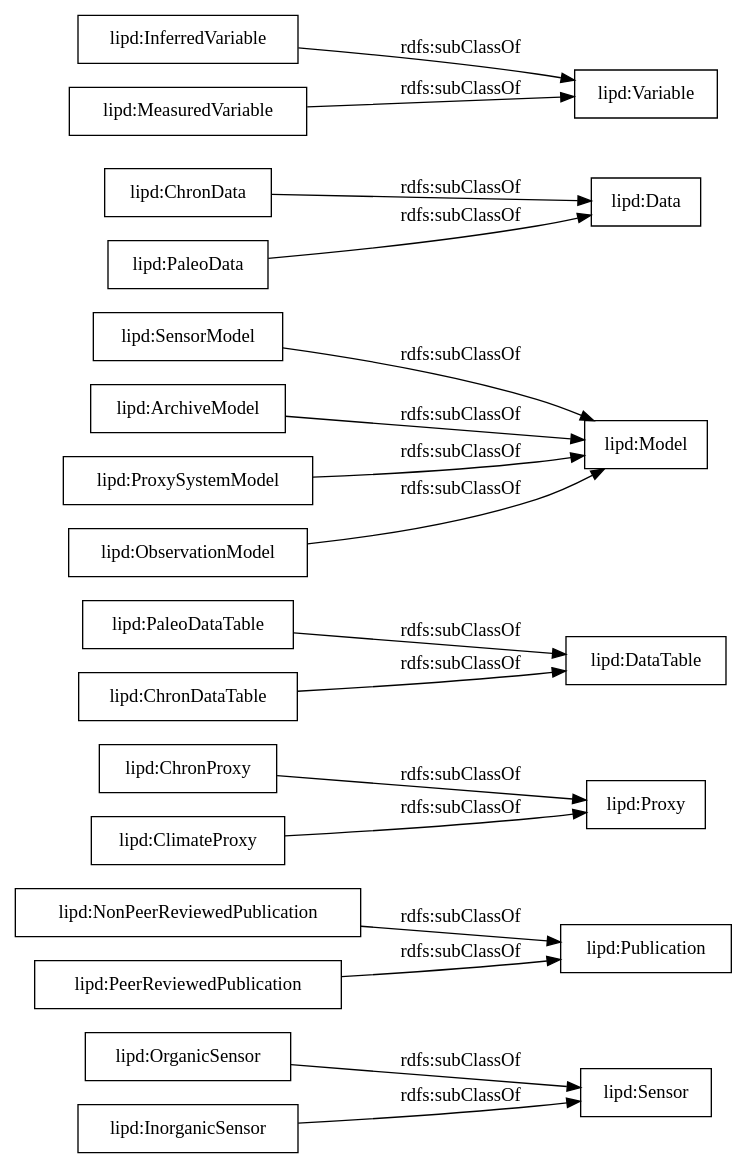
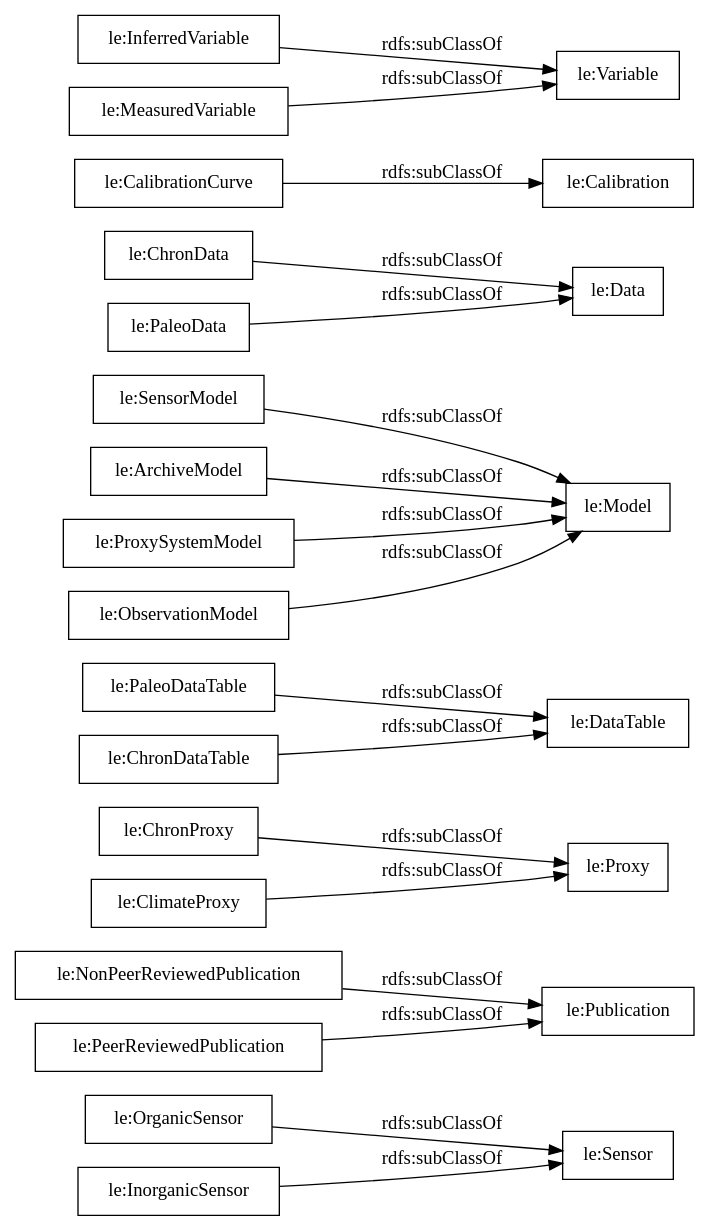
The diagram in OnToology/ontology.owl/diagrams/ar2dtool-taxonomy/ontology.owl.png.dot (dgarijo/Ontology), drawn with Graphviz before and after one commit. The commit also changed 25 other files, not shown here.

```diff
--- a/OnToology/ontology.owl/diagrams/ar2dtool-taxonomy/ontology.owl.png.dot
+++ b/OnToology/ontology.owl/diagrams/ar2dtool-taxonomy/ontology.owl.png.dot
@@ -1,22 +1,23 @@
 digraph ar2dtool_diagram { 
 rankdir=LR;
 size="1000"
-node [shape = rectangle, color="black"]; "lipd:Sensor" "lipd:Publication" "lipd:ChronProxy" "lipd:DataTable" "lipd:Model" "lipd:Data" "lipd:PaleoDataTable" "lipd:OrganicSensor" "lipd:SensorModel" "lipd:InferredVariable" "lipd:ChronData" "lipd:NonPeerReviewedPublication" "lipd:ArchiveModel" "lipd:MeasuredVariable" "lipd:Proxy" "lipd:ClimateProxy" "lipd:ProxySystemModel" "lipd:ObservationModel" "lipd:InorganicSensor" "lipd:ChronDataTable" "lipd:PaleoData" "lipd:Variable" "lipd:PeerReviewedPublication" ; /*classes style*/
-	"lipd:PeerReviewedPublication" -> "lipd:Publication" [ label = "rdfs:subClassOf" ];
-	"lipd:MeasuredVariable" -> "lipd:Variable" [ label = "rdfs:subClassOf" ];
-	"lipd:ClimateProxy" -> "lipd:Proxy" [ label = "rdfs:subClassOf" ];
-	"lipd:InferredVariable" -> "lipd:Variable" [ label = "rdfs:subClassOf" ];
-	"lipd:PaleoData" -> "lipd:Data" [ label = "rdfs:subClassOf" ];
-	"lipd:ArchiveModel" -> "lipd:Model" [ label = "rdfs:subClassOf" ];
-	"lipd:SensorModel" -> "lipd:Model" [ label = "rdfs:subClassOf" ];
-	"lipd:ChronProxy" -> "lipd:Proxy" [ label = "rdfs:subClassOf" ];
-	"lipd:ChronDataTable" -> "lipd:DataTable" [ label = "rdfs:subClassOf" ];
-	"lipd:PaleoDataTable" -> "lipd:DataTable" [ label = "rdfs:subClassOf" ];
-	"lipd:InorganicSensor" -> "lipd:Sensor" [ label = "rdfs:subClassOf" ];
-	"lipd:NonPeerReviewedPublication" -> "lipd:Publication" [ label = "rdfs:subClassOf" ];
-	"lipd:ProxySystemModel" -> "lipd:Model" [ label = "rdfs:subClassOf" ];
-	"lipd:ObservationModel" -> "lipd:Model" [ label = "rdfs:subClassOf" ];
-	"lipd:OrganicSensor" -> "lipd:Sensor" [ label = "rdfs:subClassOf" ];
-	"lipd:ChronData" -> "lipd:Data" [ label = "rdfs:subClassOf" ];
+node [shape = rectangle, color="black"]; "le:Sensor" "le:Publication" "le:ChronProxy" "le:DataTable" "le:Model" "le:Data" "le:PaleoDataTable" "le:OrganicSensor" "le:SensorModel" "le:CalibrationCurve" "le:Calibration" "le:InferredVariable" "le:ChronData" "le:NonPeerReviewedPublication" "le:ArchiveModel" "le:MeasuredVariable" "le:Proxy" "le:ClimateProxy" "le:ProxySystemModel" "le:ObservationModel" "le:InorganicSensor" "le:ChronDataTable" "le:PaleoData" "le:Variable" "le:PeerReviewedPublication" ; /*classes style*/
+	"le:PeerReviewedPublication" -> "le:Publication" [ label = "rdfs:subClassOf" ];
+	"le:MeasuredVariable" -> "le:Variable" [ label = "rdfs:subClassOf" ];
+	"le:ClimateProxy" -> "le:Proxy" [ label = "rdfs:subClassOf" ];
+	"le:CalibrationCurve" -> "le:Calibration" [ label = "rdfs:subClassOf" ];
+	"le:InferredVariable" -> "le:Variable" [ label = "rdfs:subClassOf" ];
+	"le:PaleoData" -> "le:Data" [ label = "rdfs:subClassOf" ];
+	"le:ArchiveModel" -> "le:Model" [ label = "rdfs:subClassOf" ];
+	"le:SensorModel" -> "le:Model" [ label = "rdfs:subClassOf" ];
+	"le:ChronProxy" -> "le:Proxy" [ label = "rdfs:subClassOf" ];
+	"le:ChronDataTable" -> "le:DataTable" [ label = "rdfs:subClassOf" ];
+	"le:PaleoDataTable" -> "le:DataTable" [ label = "rdfs:subClassOf" ];
+	"le:InorganicSensor" -> "le:Sensor" [ label = "rdfs:subClassOf" ];
+	"le:NonPeerReviewedPublication" -> "le:Publication" [ label = "rdfs:subClassOf" ];
+	"le:ProxySystemModel" -> "le:Model" [ label = "rdfs:subClassOf" ];
+	"le:ObservationModel" -> "le:Model" [ label = "rdfs:subClassOf" ];
+	"le:OrganicSensor" -> "le:Sensor" [ label = "rdfs:subClassOf" ];
+	"le:ChronData" -> "le:Data" [ label = "rdfs:subClassOf" ];
 
 }
```
